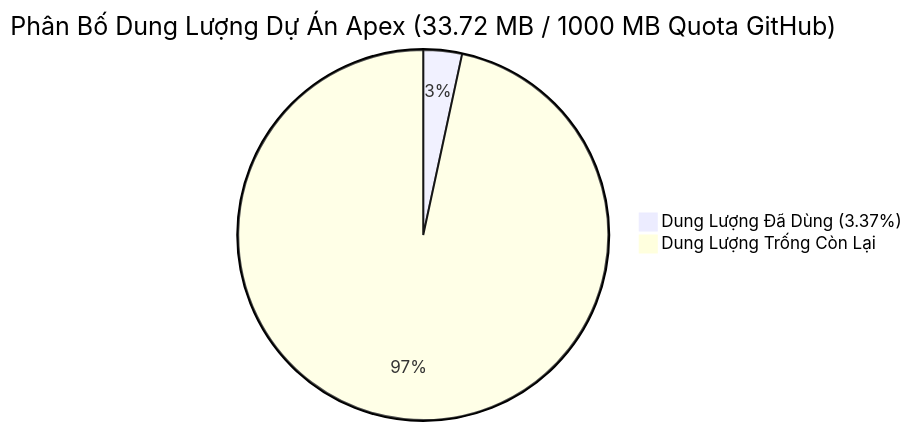
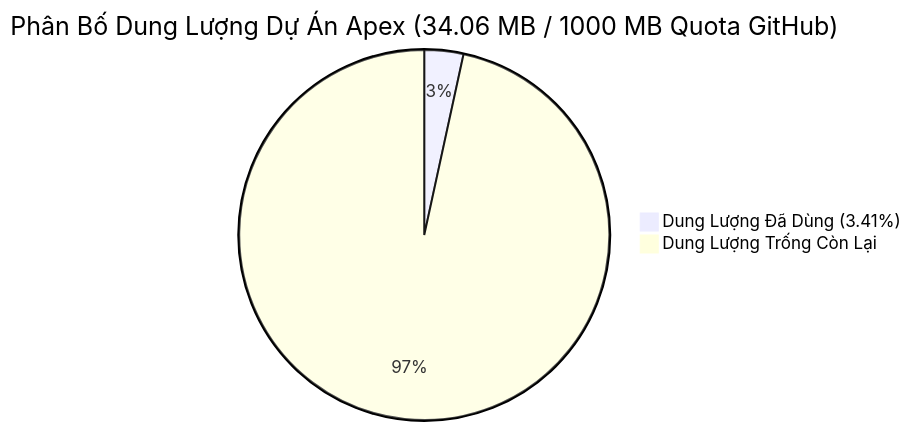
Before and after one commit to Thienphuoctran/apex-hedge-fund: the diagram in 12_Institutional_Ombudsman_And_Inspectorate/daily_audits/2026-11-09_Infrastructure_Health_And_Capacity_Audit.md, drawn with Mermaid. The commit also changed other lines of this file and 17 other files, not shown here.

````diff
--- a/12_Institutional_Ombudsman_And_Inspectorate/daily_audits/2026-11-09_Infrastructure_Health_And_Capacity_Audit.md
+++ b/12_Institutional_Ombudsman_And_Inspectorate/daily_audits/2026-11-09_Infrastructure_Health_And_Capacity_Audit.md
@@ -15,5 +15,5 @@
 ```mermaid
-pie title Phân Bố Dung Lượng Dự Án Apex (33.72 MB / 1000 MB Quota GitHub)
-    "Dung Lượng Đã Dùng (3.37%)" : 33.72
-    "Dung Lượng Trống Còn Lại" : 966.28
+pie title Phân Bố Dung Lượng Dự Án Apex (34.06 MB / 1000 MB Quota GitHub)
+    "Dung Lượng Đã Dùng (3.41%)" : 34.06
+    "Dung Lượng Trống Còn Lại" : 965.94
 ```
````
